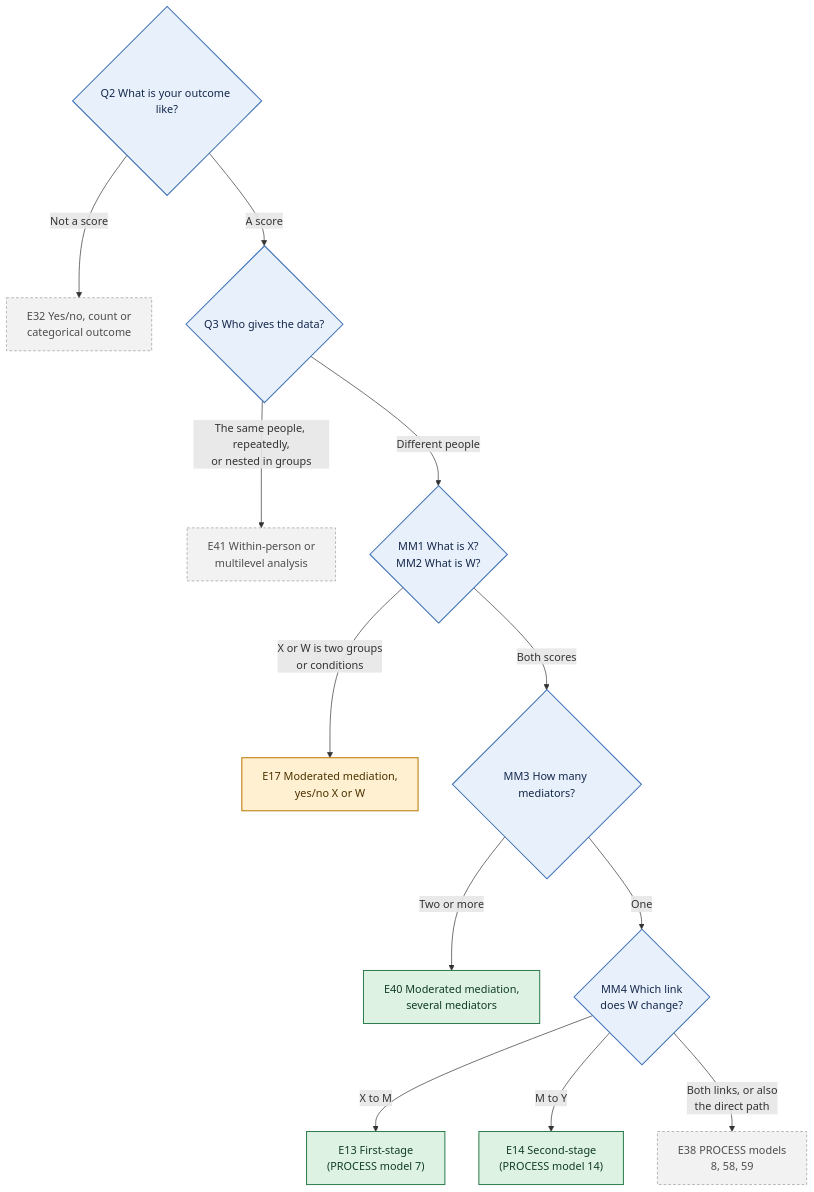
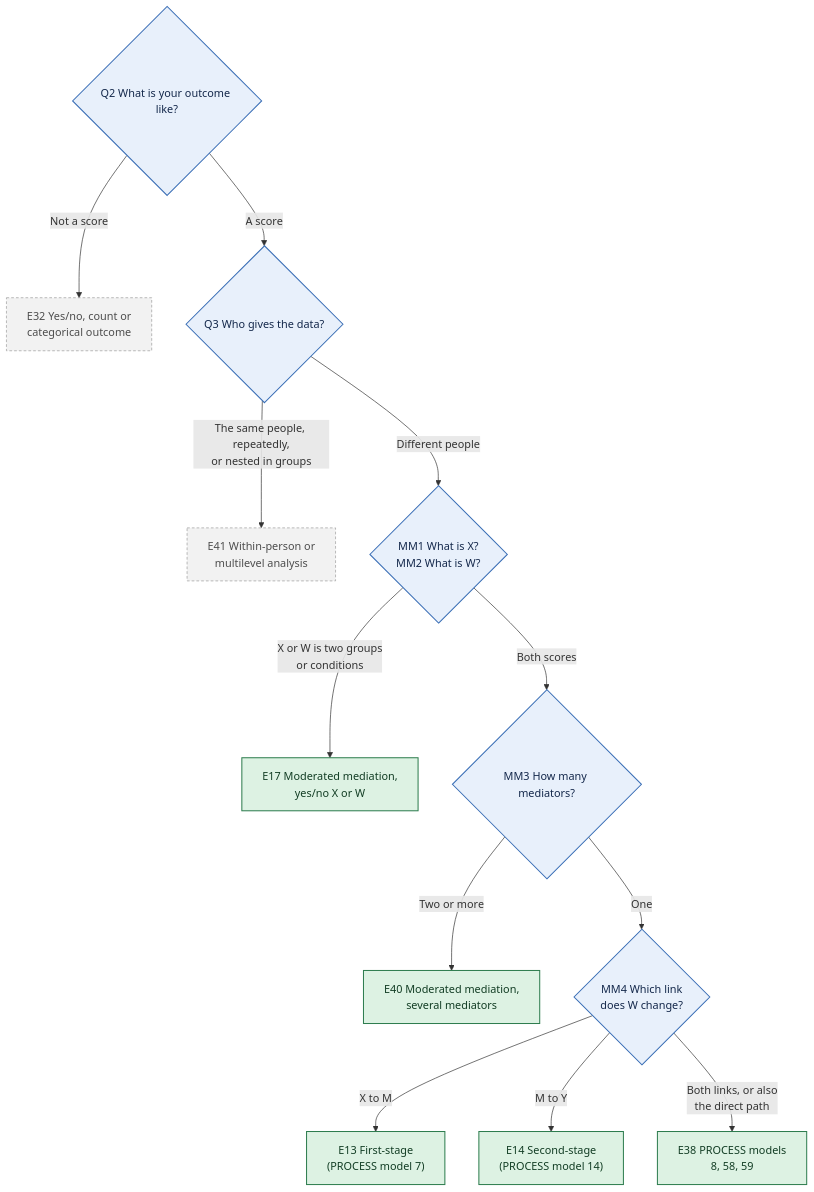
One commit to JoelThornton/Powerkit changed the eighth of 11 diagrams in docs/decision-tree.md. Above: the diagram before and after it, drawn with Mermaid. The commit also changed other lines of this file and 4 other files, not shown here.

````diff
--- a/docs/decision-tree.md
+++ b/docs/decision-tree.md
@@ -463,24 +463,24 @@
 ```mermaid
 flowchart TD
   Q2{"Q2 What is your outcome like?"}
   Q2 -->|Not a score| E32["E32 Yes/no, count or<br/>categorical outcome"]
   Q2 -->|A score| Q3{"Q3 Who gives the data?"}
   Q3 -->|The same people, repeatedly,<br/>or nested in groups| E41["E41 Within-person or<br/>multilevel analysis"]
   Q3 -->|Different people| MM1{"MM1 What is X?<br/>MM2 What is W?"}
   MM1 -->|X or W is two groups<br/>or conditions| E17["E17 Moderated mediation,<br/>yes/no X or W"]
   MM1 -->|Both scores| MM3{"MM3 How many mediators?"}
   MM3 -->|Two or more| E40["E40 Moderated mediation,<br/>several mediators"]
   MM3 -->|One| MM4{"MM4 Which link<br/>does W change?"}
   MM4 -->|X to M| E13["E13 First-stage<br/>(PROCESS model 7)"]
   MM4 -->|M to Y| E14["E14 Second-stage<br/>(PROCESS model 14)"]
   MM4 -->|Both links, or also<br/>the direct path| E38["E38 PROCESS models<br/>8, 58, 59"]
   class Q2,Q3,MM1,MM3,MM4 q
   class E13,E14,E40 avail
-  class E17 spec
-  class E32,E38,E41 later
+  class E17,E38 avail
+  class E32,E41 later
   classDef q fill:#E8F0FB,stroke:#3B6FB6,color:#14284B,stroke-width:1.5px
   classDef avail fill:#DDF2E3,stroke:#2E7D4F,color:#123D24,stroke-width:1.5px
   classDef spec fill:#FFF0D1,stroke:#B97A00,color:#4A3200,stroke-width:1.5px
   classDef later fill:#F2F2F2,stroke:#9A9A9A,color:#4D4D4D,stroke-width:1px,stroke-dasharray:4 3
   classDef jump fill:#FFFFFF,stroke:#3B6FB6,color:#14284B,stroke-width:1.5px,stroke-dasharray:6 3
 ```
````
